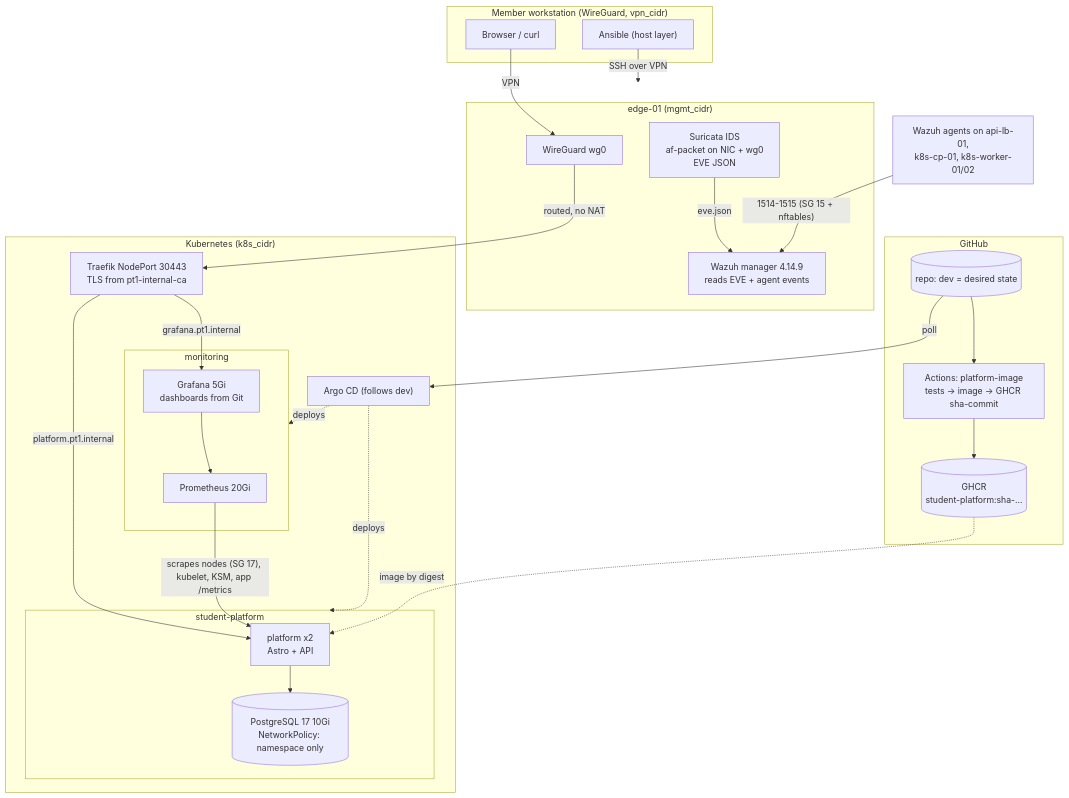
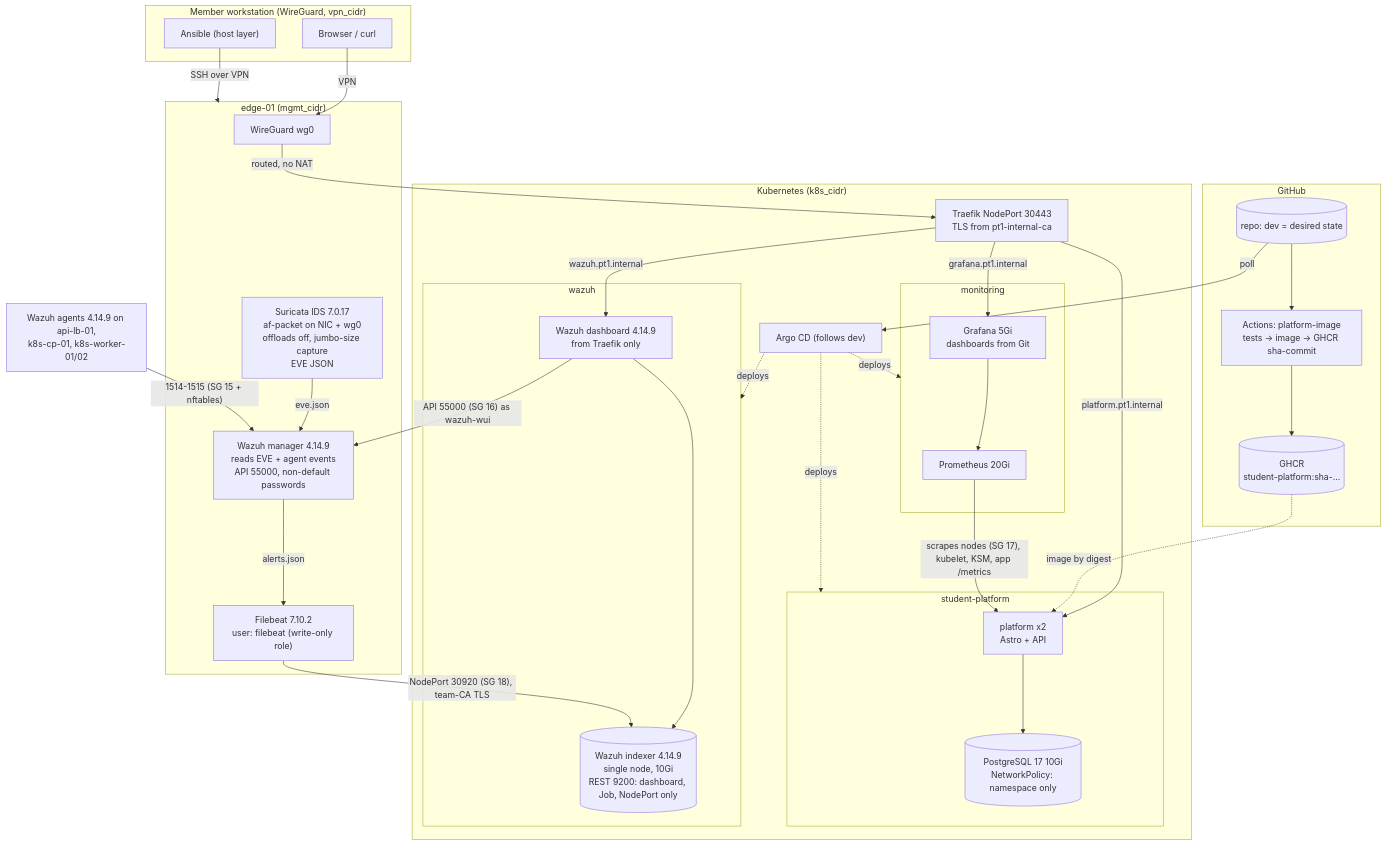
Before and after one commit to chpc-tech-eval/purple-team1-scc26: the diagram in evidence/week3/diagrams/README.md, drawn with Mermaid. The commit also changed other lines of this file and 4 other files, not shown here.

First line of the commit message:
docs(week3): close-out: Wazuh indexer/dashboard in diagram and runbook, §14 corrected

````diff
--- a/evidence/week3/diagrams/README.md
+++ b/evidence/week3/diagrams/README.md
@@ -9,50 +9,61 @@
 ```mermaid
 flowchart TB
     subgraph WS["Member workstation (WireGuard, vpn_cidr)"]
         browser["Browser / curl"]
         ans["Ansible (host layer)"]
     end
 
     subgraph GH["GitHub"]
         repo[("repo: dev = desired state")]
         ci["Actions: platform-image<br/>tests -> image -> GHCR sha-commit"]
         ghcr[("GHCR<br/>student-platform:sha-...")]
         repo --> ci --> ghcr
     end
 
     subgraph EDGE["edge-01 (mgmt_cidr)"]
         wg["WireGuard wg0"]
-        suri["Suricata IDS<br/>af-packet on NIC + wg0<br/>EVE JSON"]
-        wm["Wazuh manager 4.14.9<br/>reads EVE + agent events"]
+        suri["Suricata IDS 7.0.17<br/>af-packet on NIC + wg0<br/>offloads off, jumbo-size capture<br/>EVE JSON"]
+        wm["Wazuh manager 4.14.9<br/>reads EVE + agent events<br/>API 55000, non-default passwords"]
+        fb["Filebeat 7.10.2<br/>user: filebeat (write-only role)"]
         suri -- "eve.json" --> wm
+        wm -- "alerts.json" --> fb
     end
 
     subgraph K8S["Kubernetes (k8s_cidr)"]
         argo["Argo CD (follows dev)"]
         subgraph MON["monitoring"]
             prom["Prometheus 20Gi"]
             graf["Grafana 5Gi<br/>dashboards from Git"]
         end
         subgraph SP["student-platform"]
             app["platform x2<br/>Astro + API"]
             pg[("PostgreSQL 17 10Gi<br/>NetworkPolicy: namespace only")]
             app --> pg
         end
+        subgraph WZ["wazuh"]
+            idx[("Wazuh indexer 4.14.9<br/>single node, 10Gi<br/>REST 9200: dashboard, Job, NodePort only")]
+            dash["Wazuh dashboard 4.14.9<br/>from Traefik only"]
+            dash --> idx
+        end
         trf["Traefik NodePort 30443<br/>TLS from pt1-internal-ca"]
     end
 
-    agents["Wazuh agents on api-lb-01,<br/>k8s-cp-01, k8s-worker-01/02"]
+    agents["Wazuh agents 4.14.9 on api-lb-01,<br/>k8s-cp-01, k8s-worker-01/02"]
 
     browser -- "VPN" --> wg
     wg -- "routed, no NAT" --> trf
     trf -- "grafana.pt1.internal" --> graf
     trf -- "platform.pt1.internal" --> app
+    trf -- "wazuh.pt1.internal" --> dash
     repo -- "poll" --> argo
     argo -. "deploys" .-> MON
     argo -. "deploys" .-> SP
+    argo -. "deploys" .-> WZ
     ghcr -. "image by digest" .-> app
     prom -- "scrapes nodes (SG 17), kubelet, KSM, app /metrics" --> app
     graf --> prom
     agents -- "1514-1515 (SG 15 + nftables)" --> wm
+    fb -- "NodePort 30920 (SG 18), team-CA TLS" --> idx
+    dash -- "API 55000 (SG 16) as wazuh-wui" --> wm
     ans -- "SSH over VPN" --> EDGE
 ```
````
